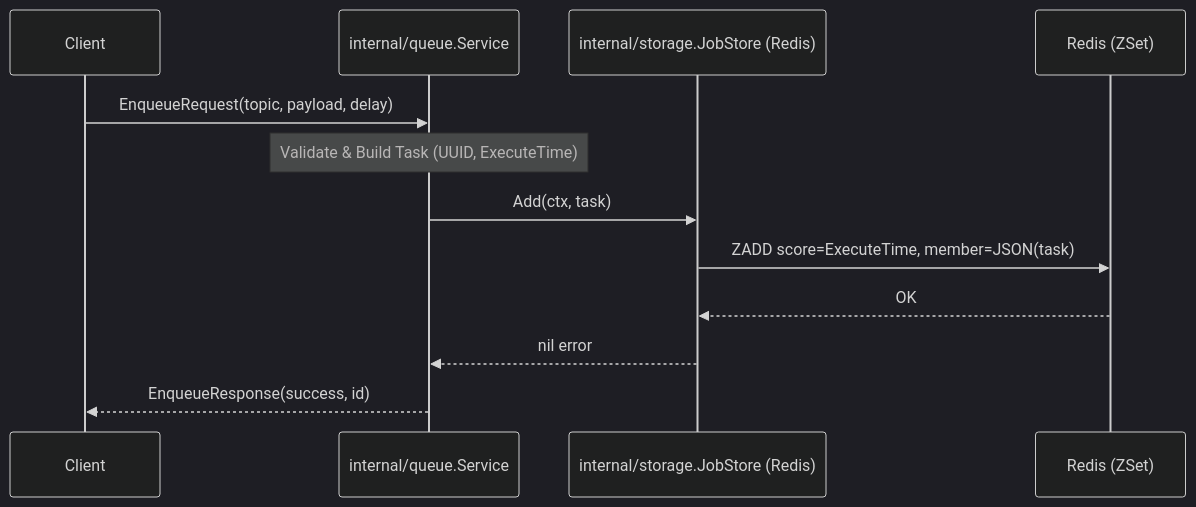
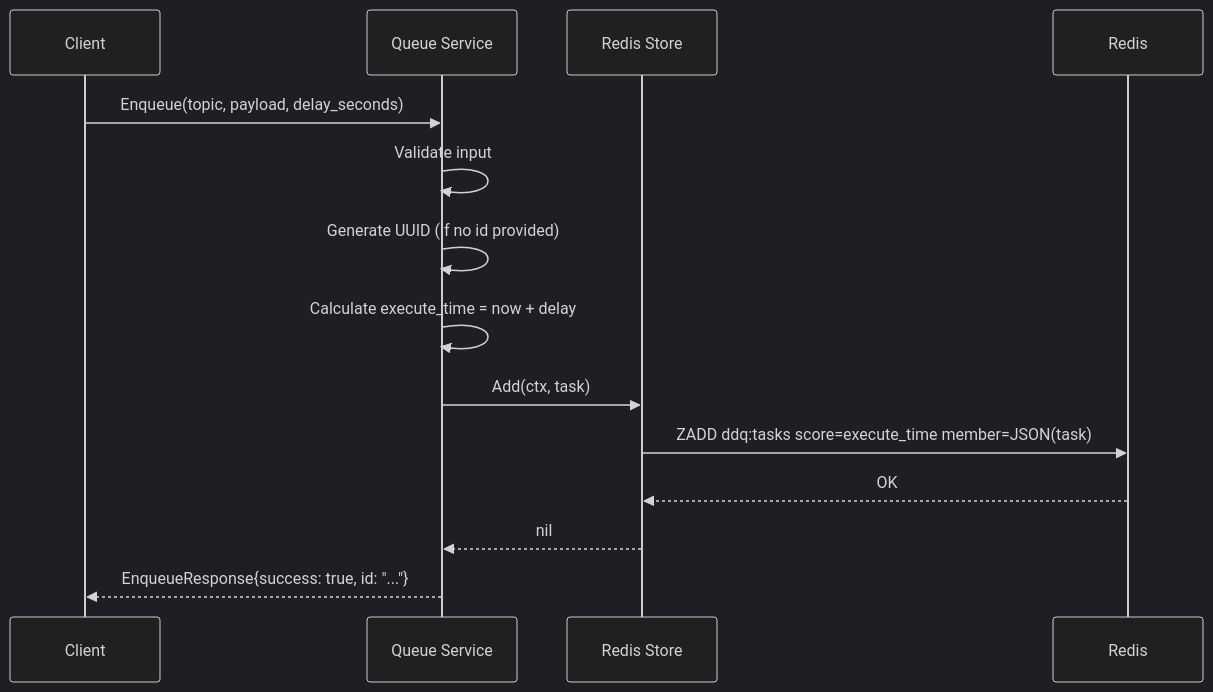
One commit to AkikoAkaki/async-task-platform changed the first of 3 diagrams in docs/ARCHITECTURE.md. Above: the diagram before and after it, drawn with Mermaid (dark theme). The commit also changed other lines of this file and 11 other files, not shown here.

Commit message:
docs: Add initial API, architecture, and ADR documentation, configure changelog, and update development guidelines and example configuration.

````diff
--- a/docs/ARCHITECTURE.md
+++ b/docs/ARCHITECTURE.md
@@ -30,15 +90,17 @@
 ```mermaid
 sequenceDiagram
     participant Client
-    participant Service as internal/queue.Service
-    participant Store as internal/storage.JobStore (Redis)
-    participant Redis as Redis (ZSet)
+    participant Server as Queue Service
+    participant Store as Redis Store
+    participant Redis
 
-    Client->>Service: EnqueueRequest(topic, payload, delay)
-    Note over Service: Validate & Build Task (UUID, ExecuteTime)
-    Service->>Store: Add(ctx, task)
-    Store->>Redis: ZADD score=ExecuteTime, member=JSON(task)
+    Client->>Server: Enqueue(topic, payload, delay_seconds)
+    Server->>Server: Validate input
+    Server->>Server: Generate UUID (if no id provided)
+    Server->>Server: Calculate execute_time = now + delay
+    Server->>Store: Add(ctx, task)
+    Store->>Redis: ZADD ddq:tasks score=execute_time member=JSON(task)
     Redis-->>Store: OK
-    Store-->>Service: nil error
-    Service-->>Client: EnqueueResponse(success, id)
+    Store-->>Server: nil
+    Server-->>Client: EnqueueResponse{success: true, id: "..."}
 ```
````
